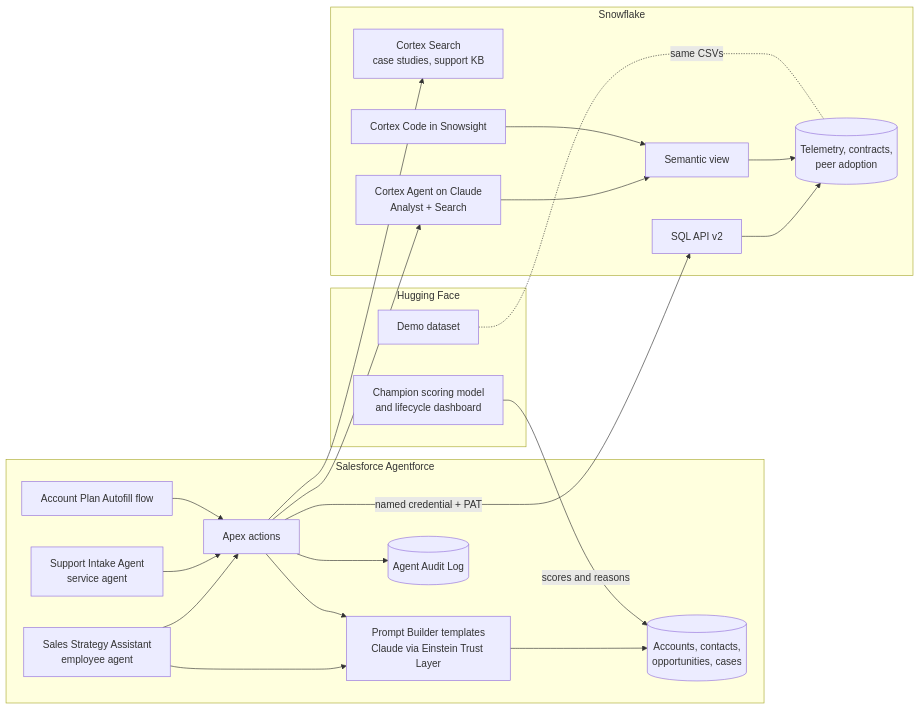
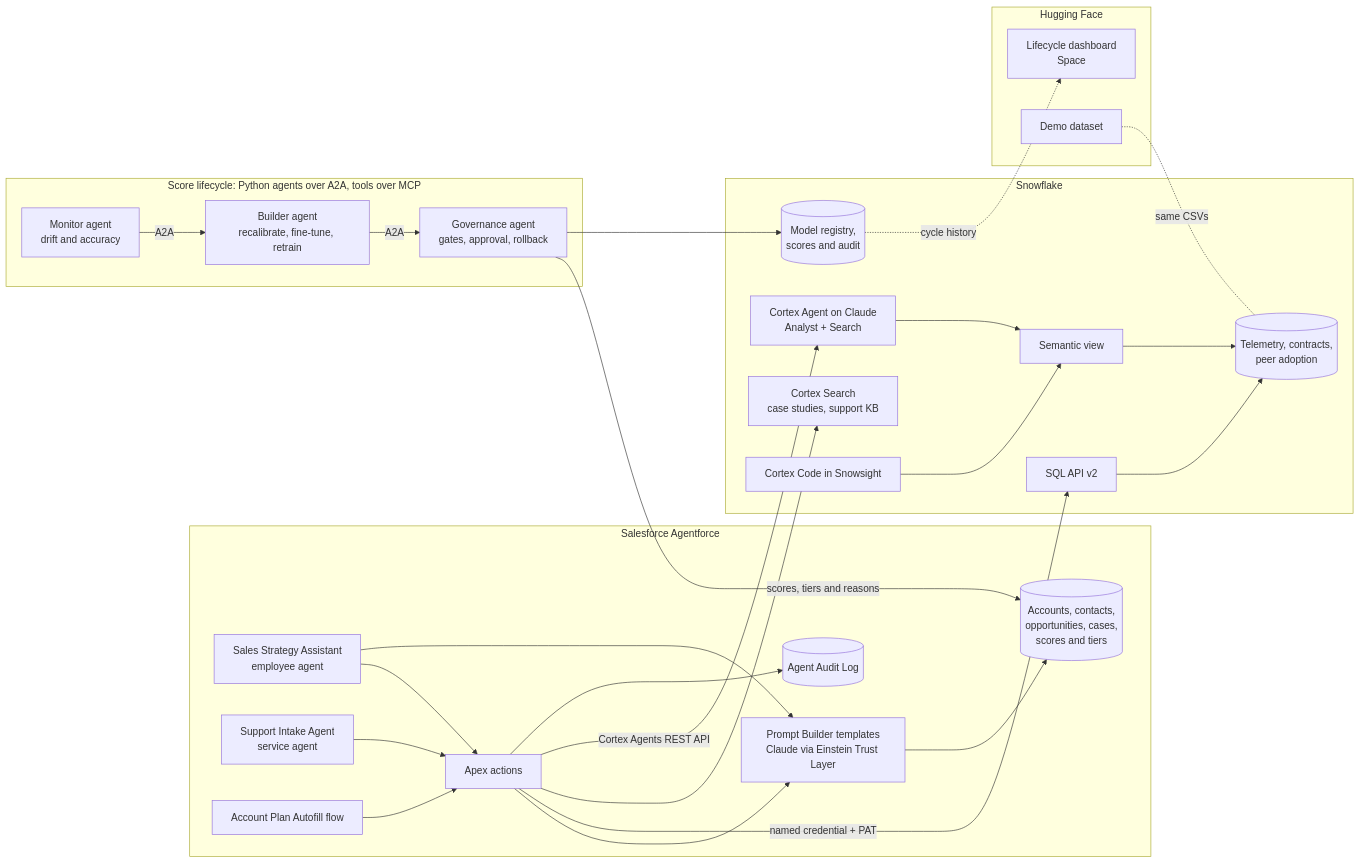
Before and after one commit to dsoosai/crm-scoring-agents: the diagram in docs/AGENTFORCE_DEMO.md, drawn with Mermaid. The commit also changed other lines of this file and 2 other files, not shown here.

First line of the commit message:
Demo doc: score lifecycle, protocols and an accurate Hugging Face role

````diff
--- a/docs/AGENTFORCE_DEMO.md
+++ b/docs/AGENTFORCE_DEMO.md
@@ -16,36 +17,45 @@
 ```mermaid
 flowchart LR
   subgraph SF[Salesforce Agentforce]
     SSA[Sales Strategy Assistant<br/>employee agent]
     SIA[Support Intake Agent<br/>service agent]
     PB[Prompt Builder templates<br/>Claude via Einstein Trust Layer]
     FL[Account Plan Autofill flow]
     AX[Apex actions]
     AUD[(Agent Audit Log)]
-    CRM[(Accounts, contacts,<br/>opportunities, cases)]
+    CRM[(Accounts, contacts,<br/>opportunities, cases,<br/>scores and tiers)]
   end
   subgraph SNOW[Snowflake]
     SQL[SQL API v2]
     CS[Cortex Search<br/>case studies, support KB]
     CA[Cortex Agent on Claude<br/>Analyst + Search]
     SV[Semantic view]
     TEL[(Telemetry, contracts,<br/>peer adoption)]
+    REG[(Model registry,<br/>scores and audit)]
     COCO[Cortex Code in Snowsight]
   end
+  subgraph LC[Score lifecycle: Python agents over A2A, tools over MCP]
+    MON[Monitor agent<br/>drift and accuracy]
+    BLD[Builder agent<br/>recalibrate, fine-tune, retrain]
+    GOV[Governance agent<br/>gates, approval, rollback]
+  end
   subgraph HF[Hugging Face]
-    MOD[Champion scoring model<br/>and lifecycle dashboard]
+    DASH[Lifecycle dashboard<br/>Space]
     DS[Demo dataset]
   end
   SSA --> AX
   SIA --> AX
   SSA --> PB
   FL --> AX --> PB
   AX -- named credential + PAT --> SQL --> TEL
   AX --> CS
-  AX --> CA --> SV --> TEL
+  AX -- Cortex Agents REST API --> CA --> SV --> TEL
   AX --> AUD
   PB --> CRM
-  MOD -- scores and reasons --> CRM
+  MON -- A2A --> BLD -- A2A --> GOV
+  GOV -- scores, tiers and reasons --> CRM
+  GOV --> REG
+  REG -. cycle history .-> DASH
   DS -. same CSVs .- TEL
   COCO --> SV
 ```
````
